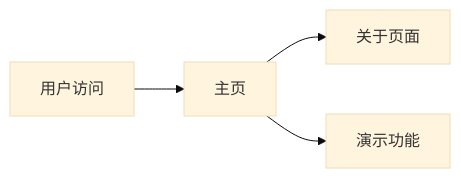
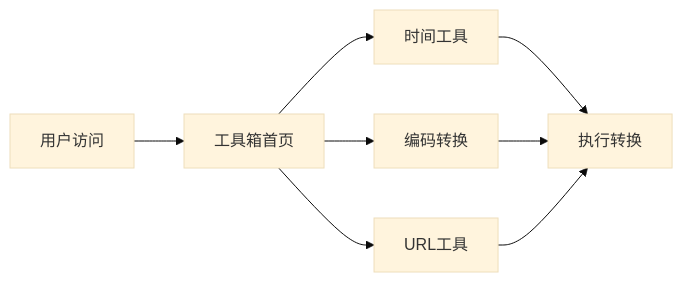
One commit to tnt976/toolbox_web changed the diagram in .trae/documents/prd.md. Above: the diagram before and after it, drawn with Mermaid (base theme). The commit also changed other lines of this file and 8 other files, not shown here.

````diff
--- a/.trae/documents/prd.md
+++ b/.trae/documents/prd.md
@@ -24,6 +39,10 @@
 ```mermaid
 flowchart LR
-  A[用户访问] --> B[主页]
-  B --> C[关于页面]
-  B --> D[演示功能]
+    A[用户访问] --> B[工具箱首页]
+    B --> C[时间工具]
+    B --> D[编码转换]
+    B --> E[URL工具]
+    C --> F[执行转换]
+    D --> F
+    E --> F
 ```
````
